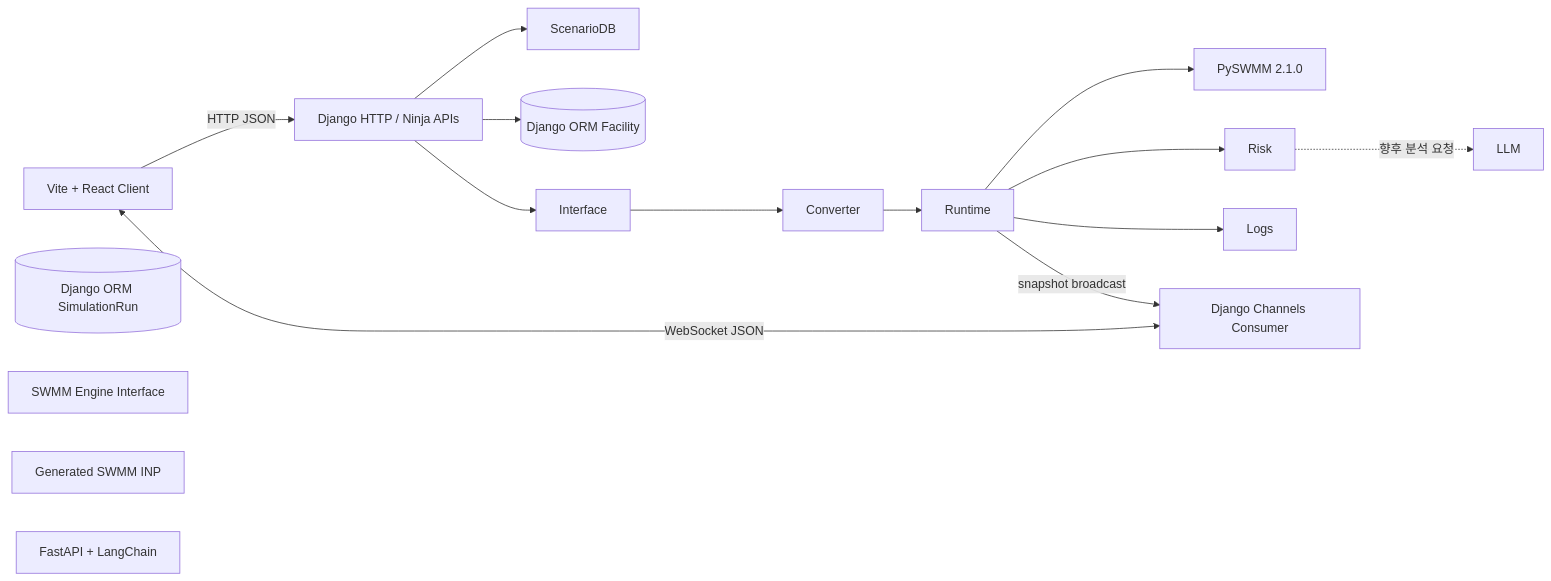
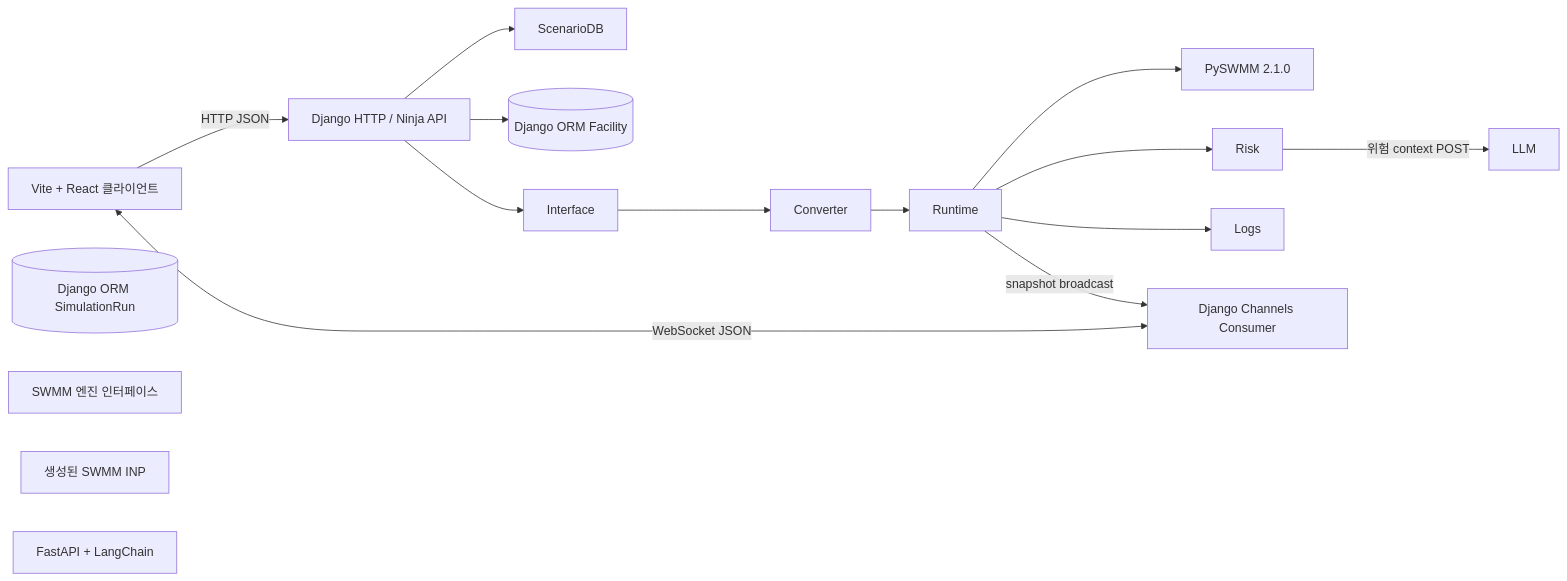
The diagram in backend/docs/architecture.md (SuperMario-Flood-Monitoring/SuperMario_Django), drawn with Mermaid before and after one commit. The commit also changed other lines of this file and 36 other files, not shown here.

````diff
--- a/backend/docs/architecture.md
+++ b/backend/docs/architecture.md
@@ -21,25 +21,25 @@
 ```mermaid
 flowchart LR
-    Client[Vite + React Client]
-    HTTP[Django HTTP / Ninja APIs]
+    Client[Vite + React 클라이언트]
+    HTTP[Django HTTP / Ninja API]
     WS[Django Channels Consumer]
     FacilityDB[(Django ORM Facility)]
     RunDB[(Django ORM SimulationRun)]
-    Engine[SWMM Engine Interface]
+    Engine[SWMM 엔진 인터페이스]
     PySWMM[PySWMM 2.1.0]
-    INP[Generated SWMM INP]
+    INP[생성된 SWMM INP]
     LangChain[FastAPI + LangChain]
 
     Client -->|HTTP JSON| HTTP
     Client <-->|WebSocket JSON| WS
     HTTP --> ScenarioDB
     HTTP --> FacilityDB
     HTTP --> Interface
     Interface --> Converter
     Converter --> Runtime
     Runtime --> PySWMM
     Runtime --> Risk
     Runtime --> Logs
     Runtime -->|snapshot broadcast| WS
-    Risk -.->|향후 분석 요청| LLM
+    Risk -->|위험 context POST| LLM
 ```
````
